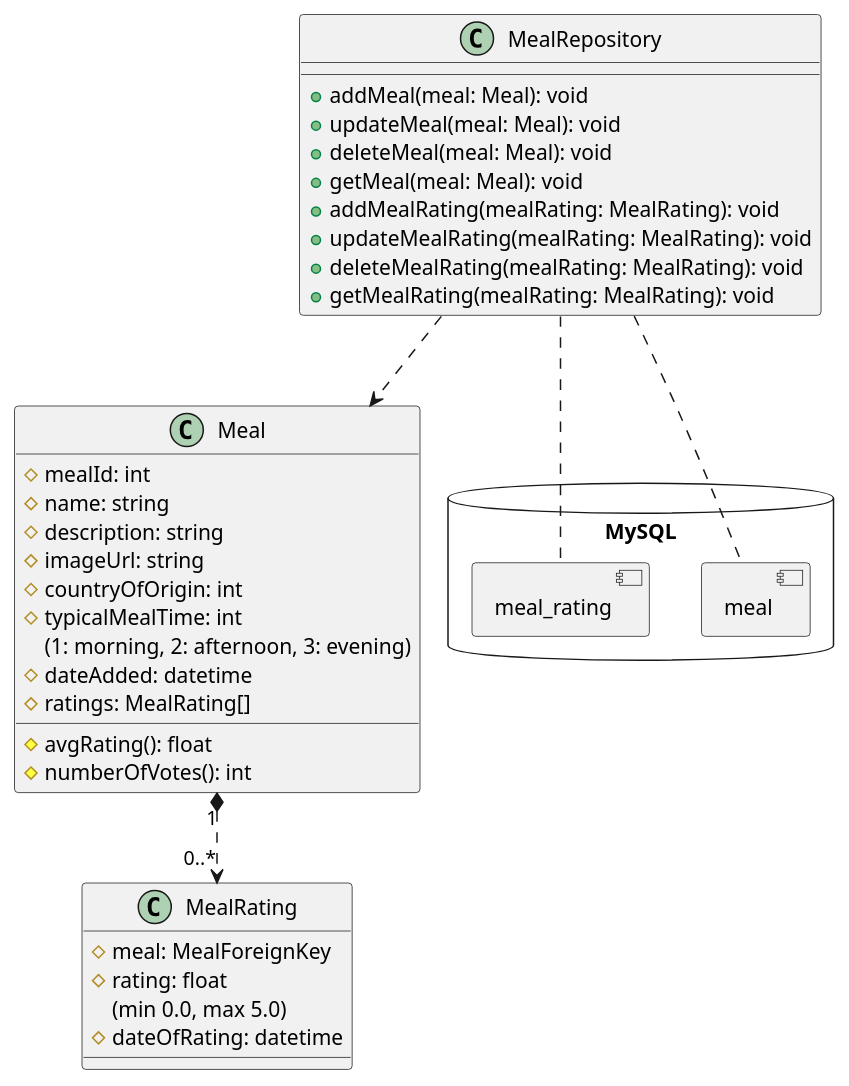
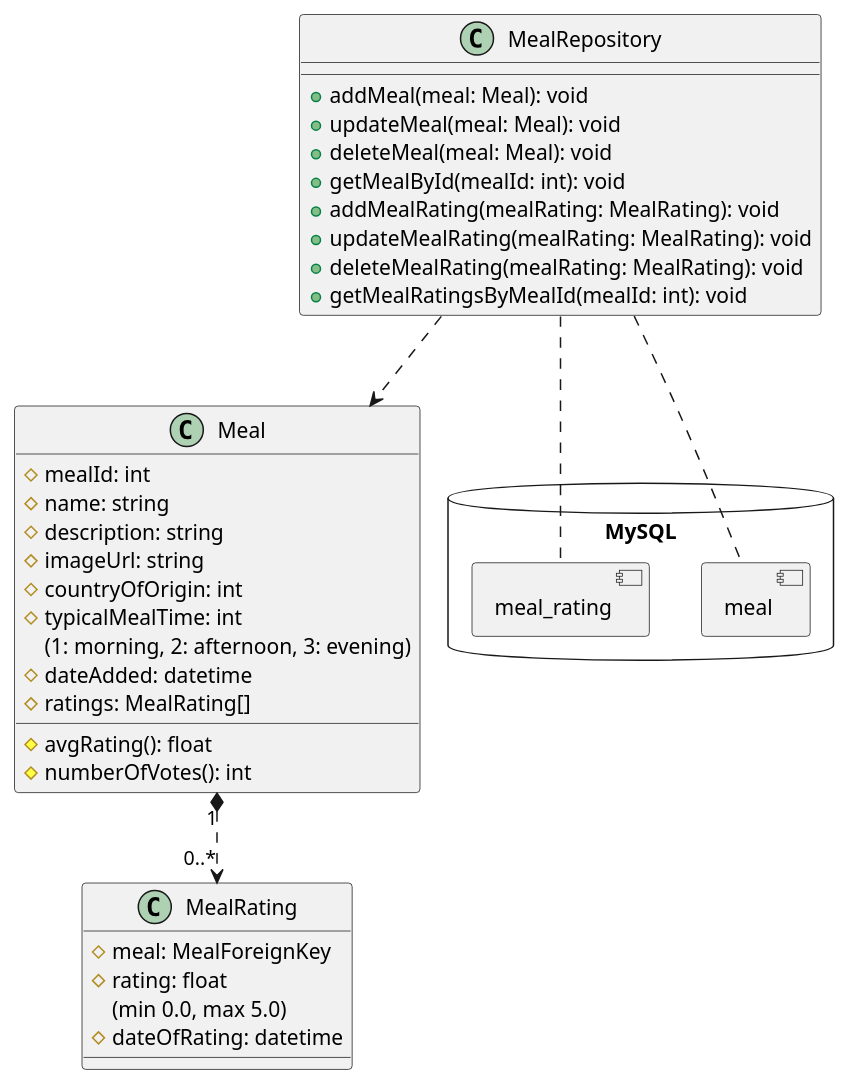
One commit to Fanta335/meal-ratings-site changed the diagram in classDiagram.pu. Above: the diagram before and after it, drawn with PlantUML.

Commit message:
#12 fix MealRepository methods

```diff
--- a/classDiagram.pu
+++ b/classDiagram.pu
@@ -1,49 +1,49 @@
 @startuml classDiagram
 allow_mixing
 ' skinparam ClassAttributeIconSize 0
 
 class Meal{
   # mealId: int
   # name: string
   # description: string
   # imageUrl: string
   # countryOfOrigin: int
   # typicalMealTime: int
   (1: morning, 2: afternoon, 3: evening)
   # dateAdded: datetime
   # ratings: MealRating[]
   __
   # avgRating(): float
   # numberOfVotes(): int
 }
 
 class MealRating {
   # meal: MealForeignKey
   # rating: float
   (min 0.0, max 5.0)
   # dateOfRating: datetime
   __
 }
 
 class MealRepository {
   + addMeal(meal: Meal): void
   + updateMeal(meal: Meal): void
   + deleteMeal(meal: Meal): void
-  + getMeal(meal: Meal): void
+  + getMealById(mealId: int): void
   + addMealRating(mealRating: MealRating): void
   + updateMealRating(mealRating: MealRating): void
   + deleteMealRating(mealRating: MealRating): void
-  + getMealRating(mealRating: MealRating): void
+  + getMealRatingsByMealId(mealId: int): void
 }
 
 database MySQL {
   component meal
   component meal_rating
 }
 
 Meal "1" *..> "0..*" MealRating
 MealRepository ..> Meal
 MealRepository .. meal
 MealRepository .. meal_rating
 
 @enduml
```
